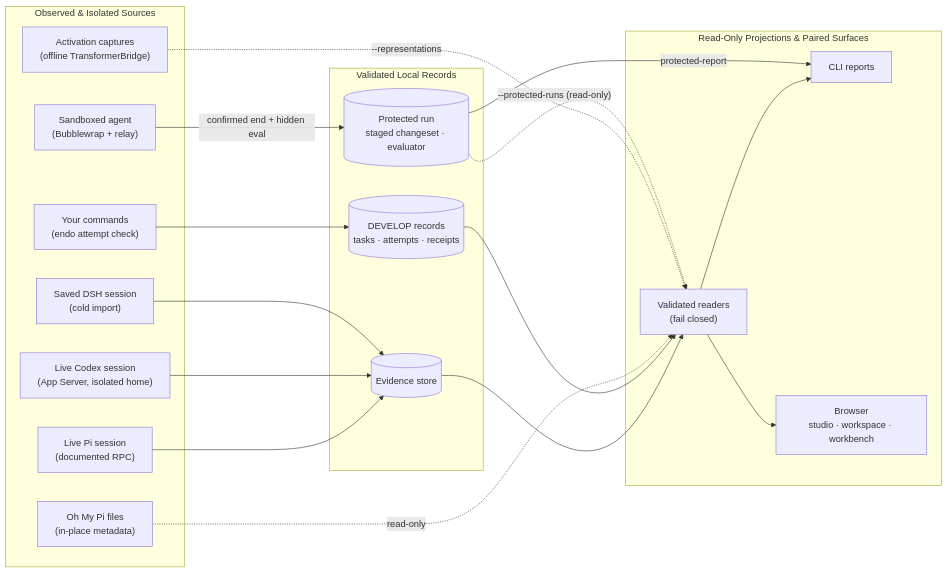
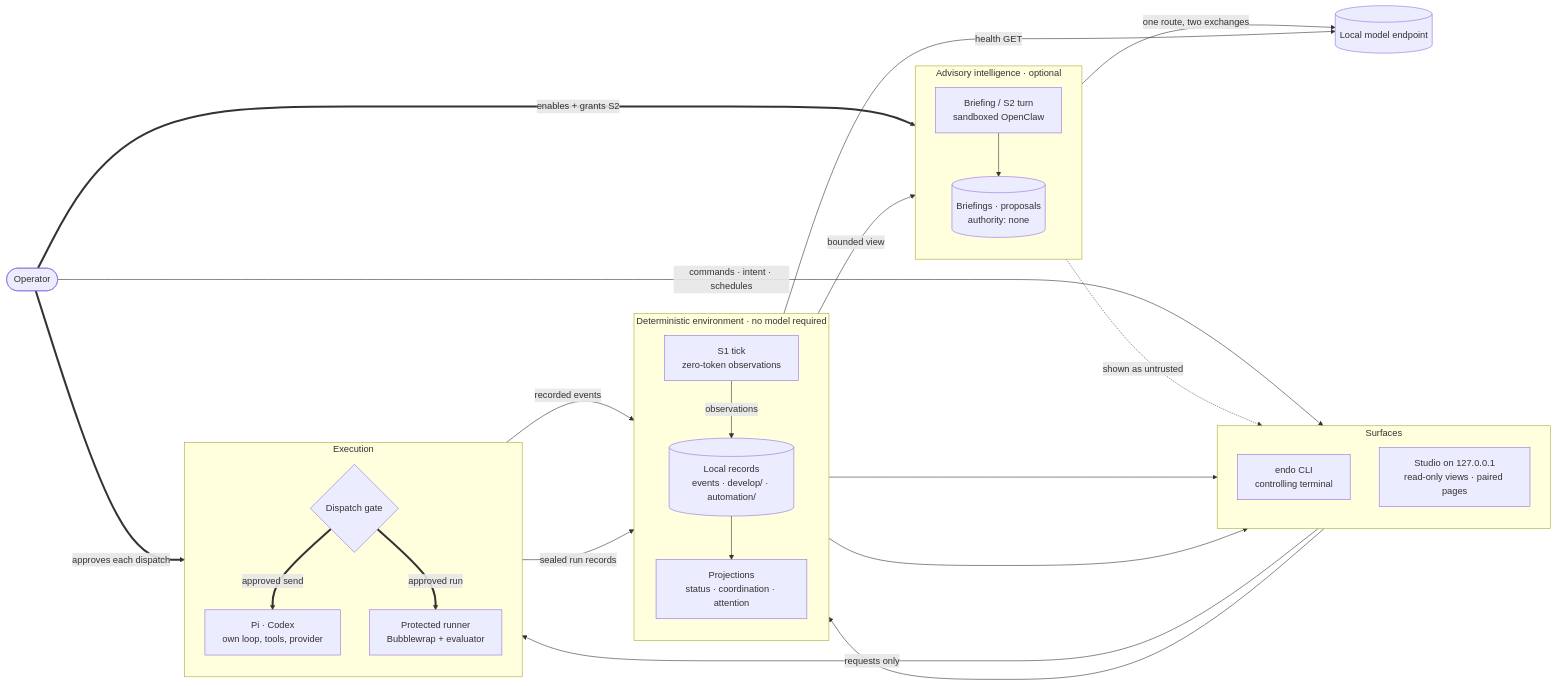
One commit to noctem-o/endophasia changed the second of 2 diagrams in README.md. Above: the diagram before and after it, drawn with Mermaid. The commit also changed other lines of this file and 27 other files, not shown here.

````diff
--- a/README.md
+++ b/README.md
@@ -516,38 +352,51 @@
 ```mermaid
 flowchart LR
-    subgraph Inputs["Observed & Isolated Sources"]
-        P["Live Pi session<br/>(documented RPC)"]
-        K["Live Codex session<br/>(App Server, isolated home)"]
-        D["Saved DSH session<br/>(cold import)"]
-        O["Oh My Pi files<br/>(in-place metadata)"]
-        R["Activation captures<br/>(offline TransformerBridge)"]
-        X["Sandboxed agent<br/>(Bubblewrap + relay)"]
-        Y["Your commands<br/>(endo attempt check)"]
+    OP(["Operator"])
+
+    subgraph SURF["Surfaces"]
+        direction TB
+        CLI["endo CLI<br/>controlling terminal"]
+        WEB["Studio on 127.0.0.1<br/>read-only views · paired pages"]
     end
 
-    subgraph Records["Validated Local Records"]
-        S[("Evidence store")]
-        M[("DEVELOP records<br/>tasks · attempts · receipts")]
-        E[("Protected run<br/>staged changeset · evaluator")]
+    subgraph DET["Deterministic environment · no model required"]
+        direction TB
+        REC[("Local records<br/>events · develop/ · automation/")]
+        PROJ["Projections<br/>status · coordination · attention"]
+        TICK["S1 tick<br/>zero-token observations"]
     end
 
-    subgraph Surfaces["Read-Only Projections & Paired Surfaces"]
-        V["Validated readers<br/>(fail closed)"]
-        C["CLI reports"]
-        W["Browser<br/>studio · workspace · workbench"]
+    subgraph ADV["Advisory intelligence · optional"]
+        direction TB
+        TURN["Briefing / S2 turn<br/>sandboxed OpenClaw"]
+        PROP[("Briefings · proposals<br/>authority: none")]
     end
 
-    P --> S
-    K --> S
-    D --> S
-    Y --> M
-    X -->|"confirmed end + hidden eval"| E
-    S --> V
-    M --> V
-    O -.->|"read-only"| V
-    R -.->|"--representations"| V
-    V --> C
-    V --> W
-    E -->|"protected-report"| C
-    E -.->|"--protected-runs (read-only)"| V
+    subgraph EXE["Execution"]
+        direction TB
+        GATE{"Dispatch gate"}
+        HAR["Pi · Codex<br/>own loop, tools, provider"]
+        PROT["Protected runner<br/>Bubblewrap + evaluator"]
+    end
+
+    LM[("Local model endpoint")]
+
+    OP ==>|"approves each dispatch"| GATE
+    OP ==>|"enables + grants S2"| TURN
+    OP -->|"commands · intent · schedules"| CLI
+    WEB -->|"requests only"| GATE
+    GATE ==>|"approved send"| HAR
+    GATE ==>|"approved run"| PROT
+    CLI --> REC
+    HAR -->|"recorded events"| REC
+    PROT -->|"sealed run records"| REC
+    TICK -->|"observations"| REC
+    TICK -->|"health GET"| LM
+    REC --> PROJ
+    PROJ --> WEB
+    PROJ --> CLI
+    PROJ -->|"bounded view"| TURN
+    TURN -->|"one route, two exchanges"| LM
+    TURN --> PROP
+    PROP -.->|"shown as untrusted"| WEB
 ```
````
